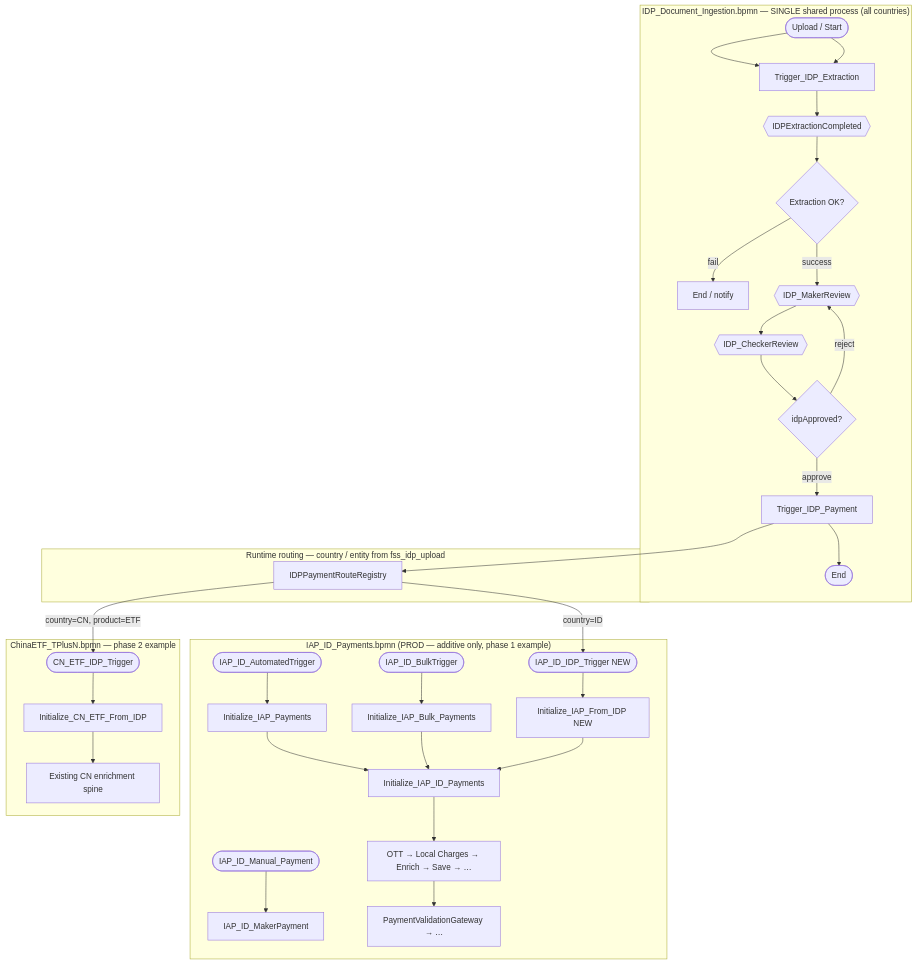
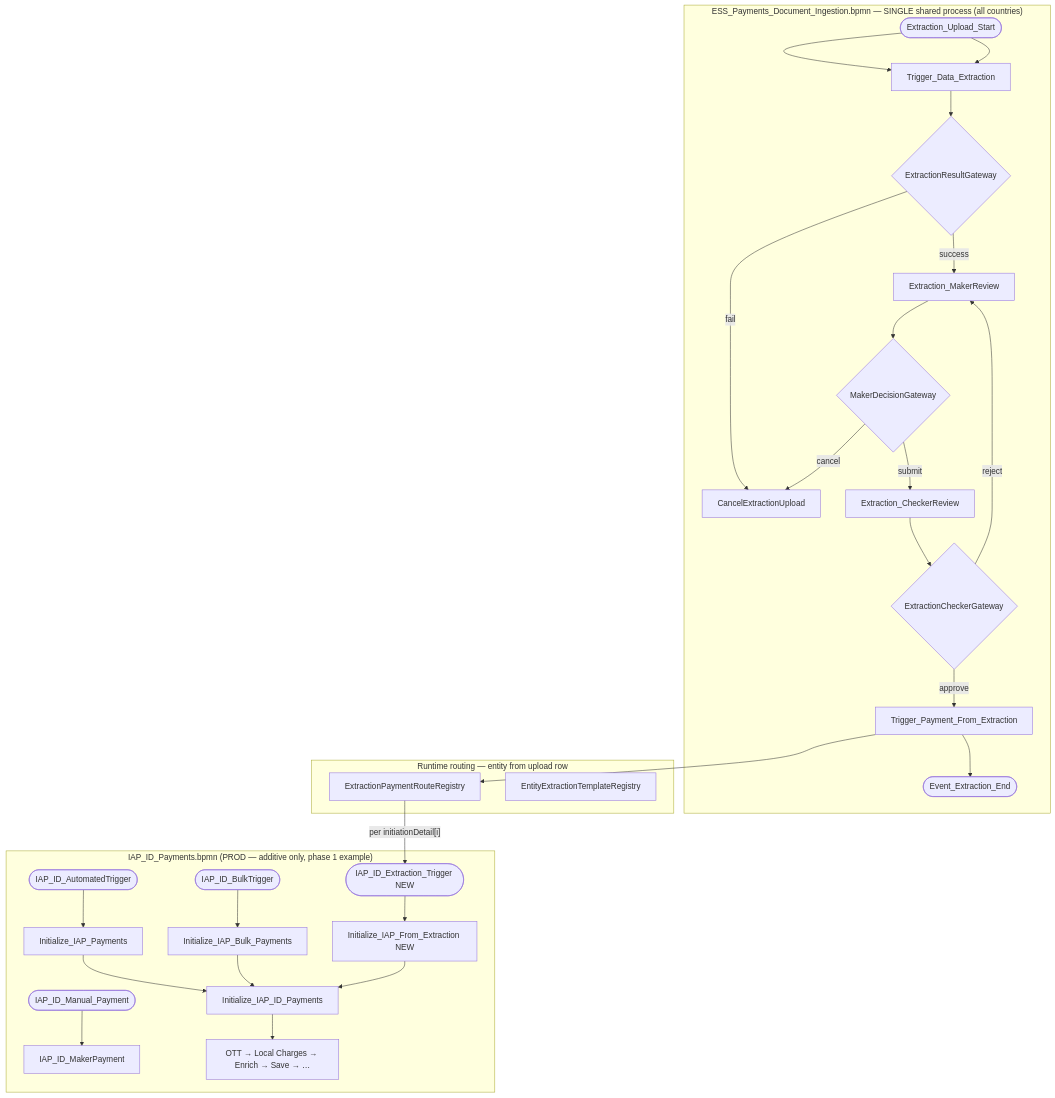
Before and after one commit to suresh0731/payment: the first of 3 diagrams in final/IDP_Document_Ingestion_Design.md, drawn with Mermaid. The commit also changed other lines of this file and 6 other files, not shown here.

````diff
--- a/final/IDP_Document_Ingestion_Design.md
+++ b/final/IDP_Document_Ingestion_Design.md
@@ -40,41 +44,36 @@
 ```mermaid
 flowchart TB
-    subgraph IDP["IDP_Document_Ingestion.bpmn — SINGLE shared process (all countries)"]
-        UP(["Upload / Start"]) --> EXTRACT["Trigger_IDP_Extraction"]
-        EXTRACT --> WAIT{{"IDPExtractionCompleted"}}
-        WAIT --> GW1{"Extraction OK?"}
-        GW1 -->|fail| FAIL["End / notify"]
-        GW1 -->|success| IDPMK{{"IDP_MakerReview"}}
-        IDPMK --> IDPCK{{"IDP_CheckerReview"}}
-        IDPCK --> GW2{"idpApproved?"}
-        GW2 -->|reject| IDPMK
-        GW2 -->|approve| TRIGGER["Trigger_IDP_Payment"]
-        TRIGGER --> END_IDP(["End"])
+    subgraph ESS["ESS_Payments_Document_Ingestion.bpmn — SINGLE shared process (all countries)"]
+        UP(["Extraction_Upload_Start"]) --> EXTRACT["Trigger_Data_Extraction"]
+        EXTRACT --> GW1{"ExtractionResultGateway"}
+        GW1 -->|fail| CANCEL["CancelExtractionUpload"]
+        GW1 -->|success| MK["Extraction_MakerReview"]
+        MK --> GW0{"MakerDecisionGateway"}
+        GW0 -->|cancel| CANCEL
+        GW0 -->|submit| CK["Extraction_CheckerReview"]
+        CK --> GW2{"ExtractionCheckerGateway"}
+        GW2 -->|reject| MK
+        GW2 -->|approve| TRIGGER["Trigger_Payment_From_Extraction"]
+        TRIGGER --> END_ESS(["Event_Extraction_End"])
     end
 
-    subgraph ROUTE["Runtime routing — country / entity from fss_idp_upload"]
-        REG["IDPPaymentRouteRegistry"]
+    subgraph ROUTE["Runtime routing — entity from upload row"]
+        REG["ExtractionPaymentRouteRegistry"]
+        TREG["EntityExtractionTemplateRegistry"]
     end
 
     subgraph PAY["IAP_ID_Payments.bpmn (PROD — additive only, phase 1 example)"]
         A1(["IAP_ID_AutomatedTrigger"]) --> IP["Initialize_IAP_Payments"]
         B1(["IAP_ID_BulkTrigger"]) --> IB["Initialize_IAP_Bulk_Payments"]
-        M1(["IAP_ID_Manual_Payment"]) --> MK["IAP_ID_MakerPayment"]
-        IDP_START(["IAP_ID_IDP_Trigger NEW"]) --> INIT["Initialize_IAP_From_IDP NEW"]
+        M1(["IAP_ID_Manual_Payment"]) --> MK2["IAP_ID_MakerPayment"]
+        EXT_START(["IAP_ID_Extraction_Trigger NEW"]) --> INIT["Initialize_IAP_From_Extraction NEW"]
         IP --> IID["Initialize_IAP_ID_Payments"]
         IB --> IID
         INIT --> IID
         IID --> ENR["OTT → Local Charges → Enrich → Save → …"]
-        ENR --> GW["PaymentValidationGateway → …"]
-    end
-
-    subgraph CN_PAY["ChinaETF_TPlusN.bpmn — phase 2 example"]
-        CN_START(["CN_ETF_IDP_Trigger"]) --> CN_INIT["Initialize_CN_ETF_From_IDP"]
-        CN_INIT --> CN_ENR["Existing CN enrichment spine"]
     end
 
     UP --> EXTRACT
     TRIGGER --> REG
-    REG -->|"country=ID"| IDP_START
-    REG -->|"country=CN, product=ETF"| CN_START
+    REG -->|"per initiationDetail[i]"| EXT_START
 ```
````
